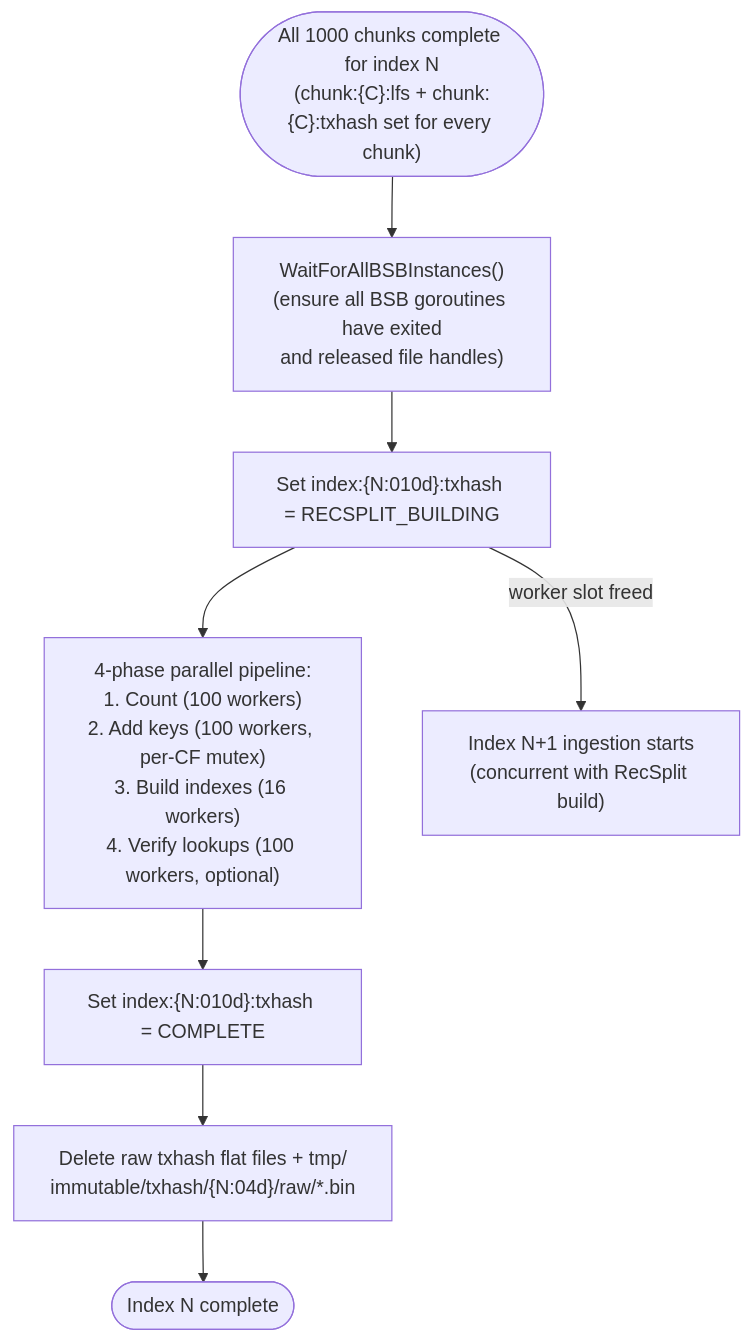
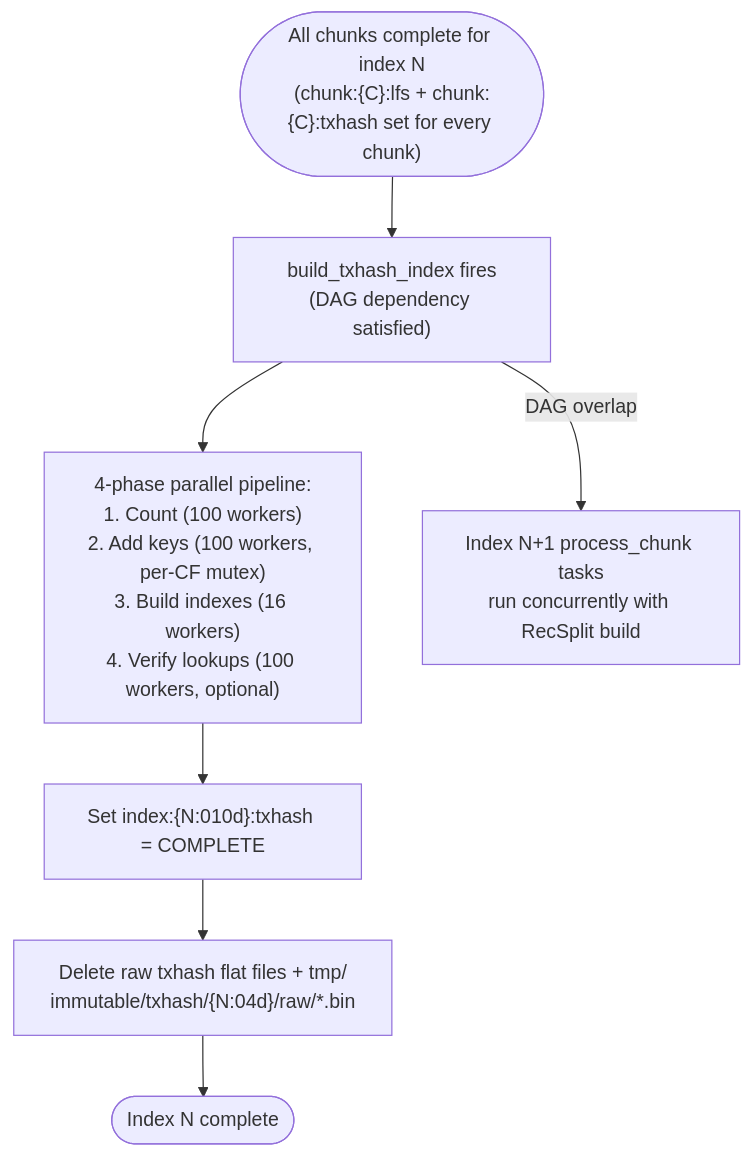
Before and after one commit to stellar/stellar-rpc: the ninth of 12 diagrams in full-history/design-docs/01-architecture-overview.md, drawn with Mermaid. The commit also changed other lines of this file and 9 other files, not shown here.

````diff
--- a/full-history/design-docs/01-architecture-overview.md
+++ b/full-history/design-docs/01-architecture-overview.md
@@ -232,11 +233,10 @@
 ```mermaid
 flowchart TD
-    DONE1000(["All 1000 chunks complete for index N<br/>(chunk:{C}:lfs + chunk:{C}:txhash set for every chunk)"]) --> BARRIER["WaitForAllBSBInstances()<br/>(ensure all BSB goroutines have exited<br/>and released file handles)"]
-    BARRIER --> SET_RS["Set index:{N:010d}:txhash = RECSPLIT_BUILDING"]
+    DONE1000(["All chunks complete for index N<br/>(chunk:{C}:lfs + chunk:{C}:txhash set for every chunk)"]) --> SET_RS["build_txhash_index fires<br/>(DAG dependency satisfied)"]
     SET_RS --> BUILD_CFS["4-phase parallel pipeline:<br/>1. Count (100 workers)<br/>2. Add keys (100 workers, per-CF mutex)<br/>3. Build indexes (16 workers)<br/>4. Verify lookups (100 workers, optional)"]
     BUILD_CFS --> RS_COMPLETE["Set index:{N:010d}:txhash = COMPLETE"]
     RS_COMPLETE --> DELETE_RAW["Delete raw txhash flat files + tmp/<br/>immutable/txhash/{N:04d}/raw/*.bin"]
     DELETE_RAW --> INDEX_DONE(["Index N complete"])
 
-    SET_RS -->|"worker slot freed"| INGEST_NEXT["Index N+1 ingestion starts<br/>(concurrent with RecSplit build)"]
+    SET_RS -->|"DAG overlap"| INGEST_NEXT["Index N+1 process_chunk tasks<br/>run concurrently with RecSplit build"]
 ```
````
